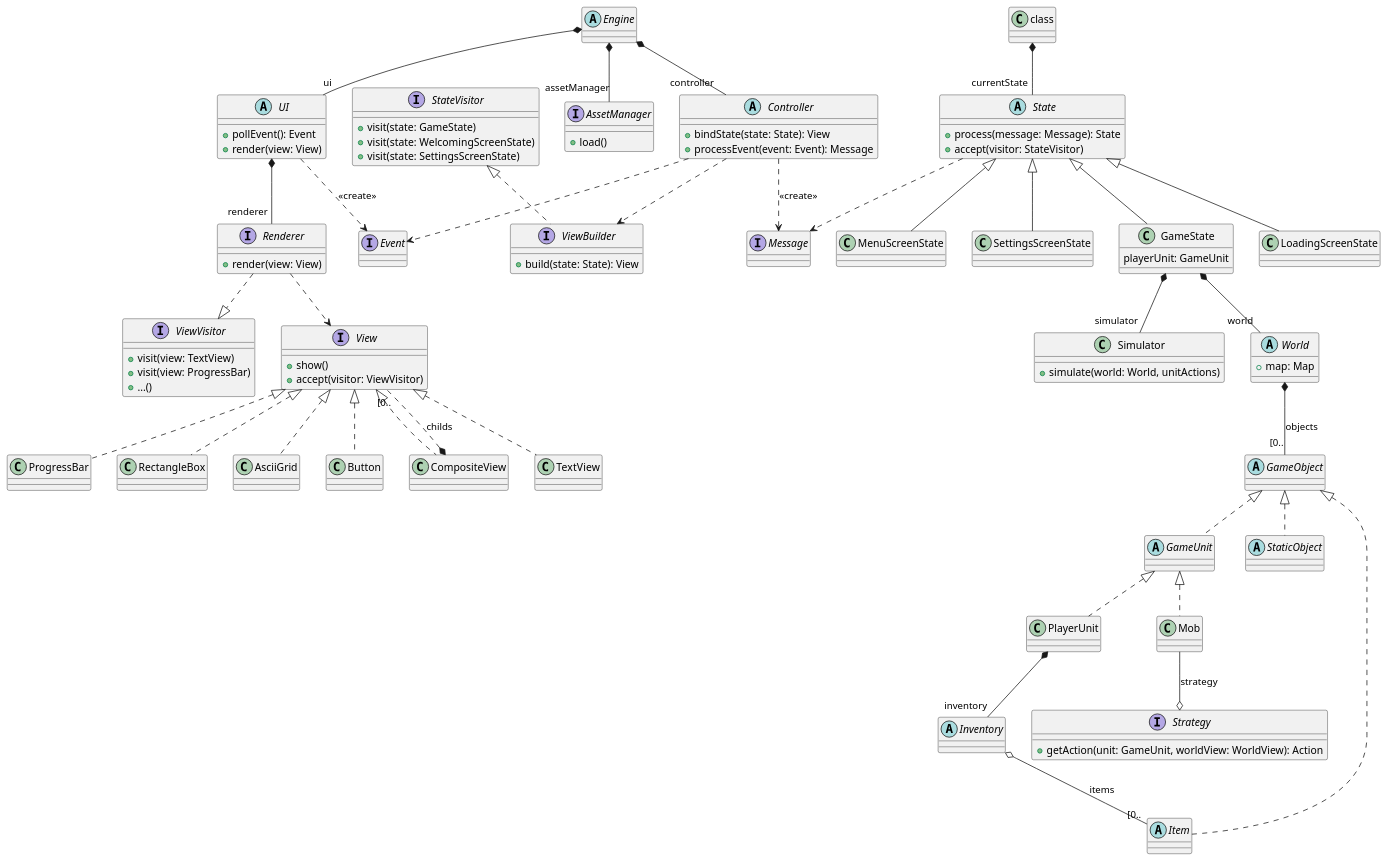
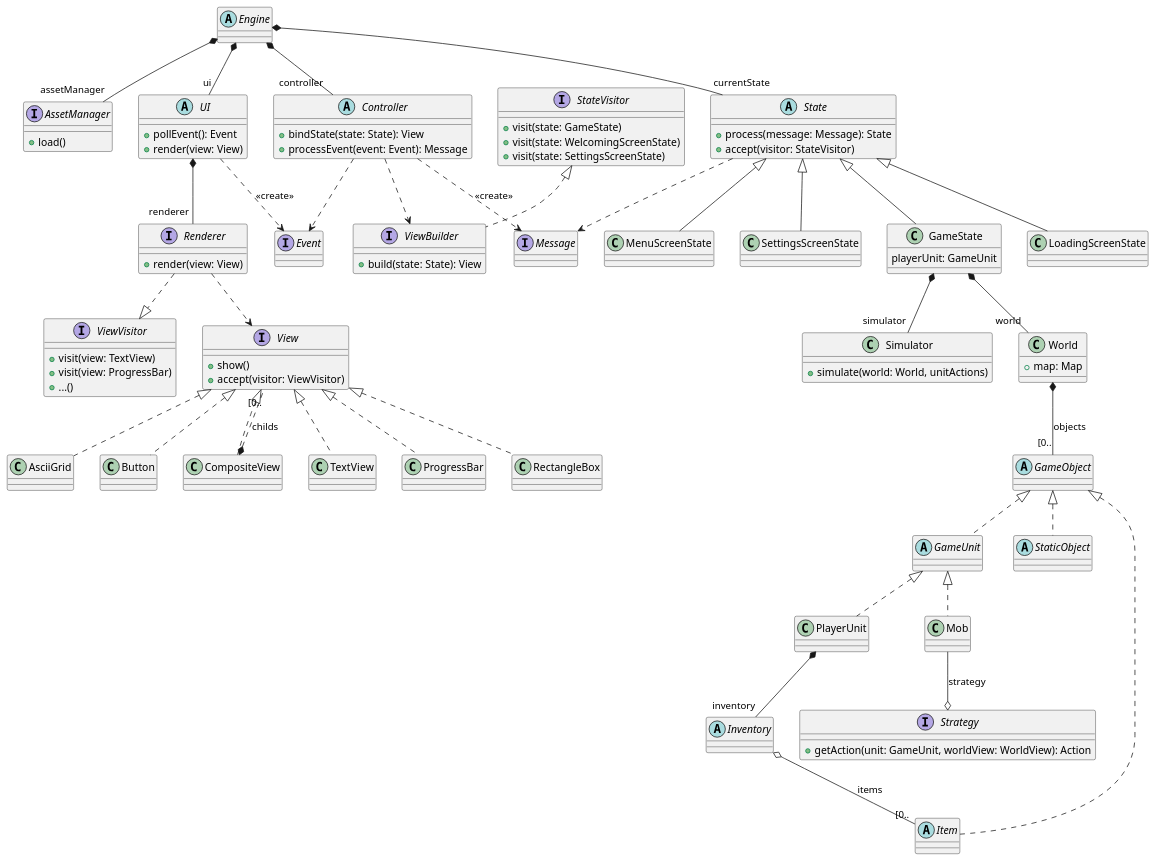
One commit to Lana243/roguelike changed the diagram in docs/data/roguelike-class-diagram.puml. Above: the diagram before and after it, drawn with PlantUML. The commit also changed 16 other files, not shown here.

```diff
--- a/docs/data/roguelike-class-diagram.puml
+++ b/docs/data/roguelike-class-diagram.puml
@@ -1,165 +1,165 @@
 @startuml
 'https://plantuml.com/class-diagram
 
 abstract class Engine
 
 interface AssetManager {
     + load()
 }
 
 abstract class UI {
     + pollEvent(): Event
     + render(view: View)
 }
 
 abstract class Controller {
     + bindState(state: State): View
     + processEvent(event: Event): Message
 }
 
 Engine *-- "controller" Controller
 Engine *-- "assetManager" AssetManager
 Engine *-- "ui" UI
 
 class Simulator {
     + simulate(world: World, unitActions)
 }
 
 interface Strategy {
     + getAction(unit: GameUnit, worldView: WorldView): Action
 }
 
-abstract class World {
+class World {
     + map: Map
 }
 
 abstract class GameObject
 
 abstract class GameUnit
 
 class Mob
 
 GameUnit <|.. Mob
 GameUnit <|.. PlayerUnit
 
 Mob --o Strategy : "strategy"
 
 abstract class StaticObject
 
 abstract class Item
 
 abstract class Inventory
 
 Inventory o-- "[0.." Item : "items"
 
 PlayerUnit *-- "inventory" Inventory
 
 GameObject <|.. GameUnit
 GameObject <|.. StaticObject
 GameObject <|.. Item
 
 interface Message
 
 Controller ..> Message : "<<create>>"
 State ..> Message
 
 
 interface Event
 
 Controller ..> Event
 UI ..> Event : "<<create>>"
 
 
 
 
 abstract class Controller
 
 Controller ..> ViewBuilder
 
 abstract class State {
     + process(message: Message): State
     + accept(visitor: StateVisitor)
 }
 
 class MenuScreenState
 
 class SettingsScreenState
 
 class GameState {
     playerUnit: GameUnit
 }
 
 class LoadingScreenState
 
 interface StateVisitor {
     + visit(state: GameState)
     + visit(state: WelcomingScreenState)
     + visit(state: SettingsScreenState)
 }
 
 
 GameState *-- "world" World
 GameState *-- "simulator" Simulator
 
 interface ViewBuilder {
     + build(state: State): View
 }
 
 
 StateVisitor <|.. ViewBuilder
 
 interface Renderer {
     + render(view: View)
 }
 
 interface ViewVisitor {
     + visit(view: TextView)
     + visit(view: ProgressBar)
     + ...()
 }
 
 interface View {
     + show()
     + accept(visitor: ViewVisitor)
 }
 
 class TextView
 
 class ProgressBar
 
 class RectangleBox
 
 class AsciiGrid
 
 class Button
 
 class CompositeView
 
 interface ViewBuilder
 
-class *-- "currentState" State
+Engine *-- "currentState" State
 
 State <|-- MenuScreenState
 State <|-- SettingsScreenState
 State <|-- GameState
 State <|-- LoadingScreenState
 
 View <|.. TextView
 View <|.. ProgressBar
 View <|.. RectangleBox
 View <|.. AsciiGrid
 View <|.. Button
 View <|.. CompositeView
 
 
 CompositeView *.. "[0.." View : "childs"
 
 Renderer ..|> ViewVisitor
 Renderer ..> View
 
 UI *-- "renderer" Renderer
 
 World *-- "[0.." GameObject : "objects"
 
 
 @enduml
```
